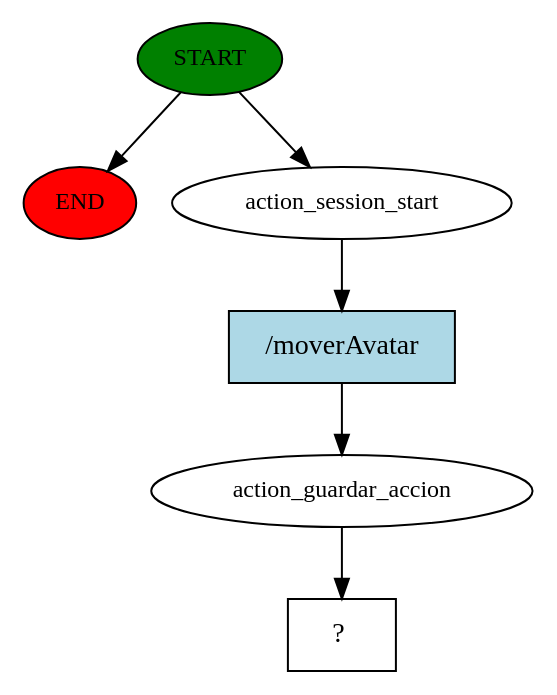
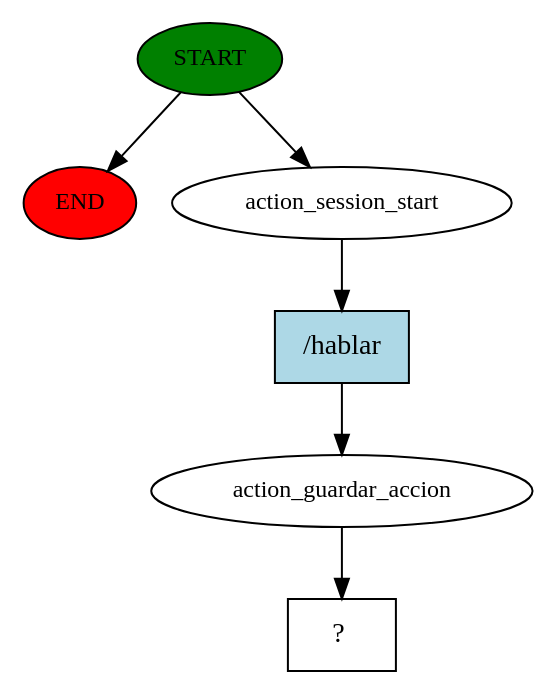
The diagram in story_graph.dot (Nesunder/AgileDirector_bot), drawn with Graphviz before and after one commit. The commit also changed 184 other files, not shown here.

```diff
--- a/story_graph.dot
+++ b/story_graph.dot
@@ -1,13 +1,13 @@
 digraph  {
 0 [class="start active", fillcolor=green, fontsize=12, label=START, style=filled];
 "-1" [class=end, fillcolor=red, fontsize=12, label=END, style=filled];
 1 [class=active, fontsize=12, label=action_session_start];
 2 [class=active, fontsize=12, label=action_guardar_accion];
 3 [class="intent dashed active", label="  ?  ", shape=rect];
-4 [class="intent active", fillcolor=lightblue, label="/moverAvatar", shape=rect, style=filled];
+4 [class="intent active", fillcolor=lightblue, label="/hablar", shape=rect, style=filled];
 0 -> "-1"  [class="", key=NONE, label=""];
 0 -> 1  [class=active, key=NONE, label=""];
 1 -> 4  [class=active, key=0];
 2 -> 3  [class=active, key=NONE, label=""];
 4 -> 2  [class=active, key=0];
 }
```
